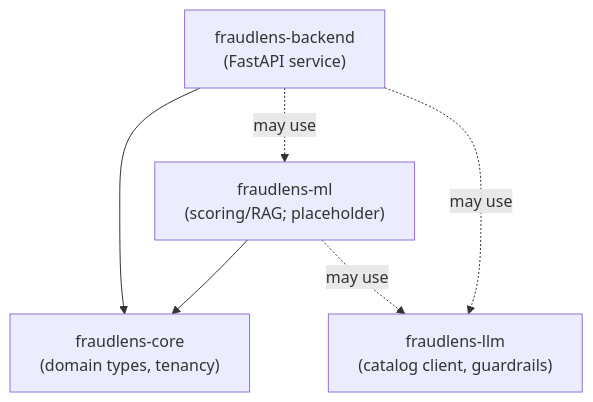
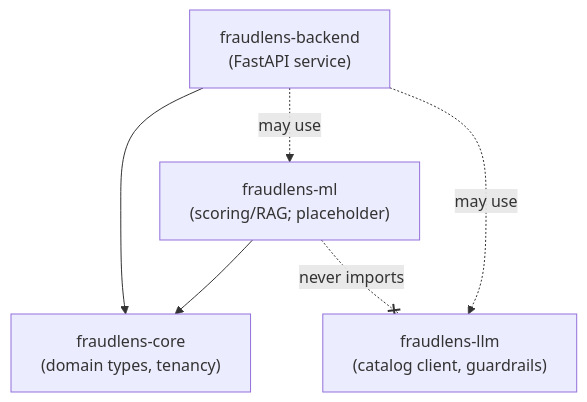
One commit to Kartik-Hirijaganer/FraudLens changed the seventh of 8 diagrams in docs/architecture/ARCHITECTURE.md. Above: the diagram before and after it, drawn with Mermaid. The commit also changed other lines of this file and 41 other files, not shown here.

````diff
--- a/docs/architecture/ARCHITECTURE.md
+++ b/docs/architecture/ARCHITECTURE.md
@@ -164,12 +164,12 @@
 ```mermaid
 graph TD
     core["fraudlens-core<br/>(domain types, tenancy)"]
     llm["fraudlens-llm<br/>(catalog client, guardrails)"]
     ml["fraudlens-ml<br/>(scoring/RAG; placeholder)"]
     backend["fraudlens-backend<br/>(FastAPI service)"]
     ml --> core
     backend --> core
     backend -.may use.-> llm
     backend -.may use.-> ml
-    ml -.may use.-> llm
+    ml -. never imports .-x llm
 ```
````
